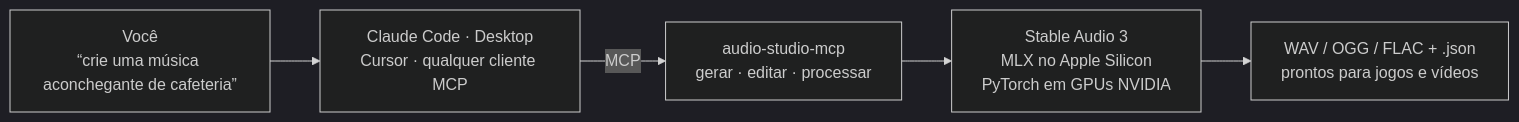
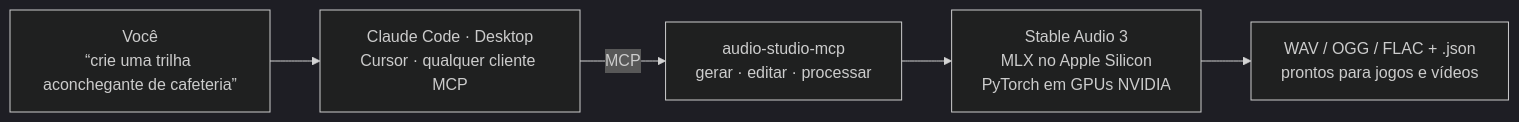
Before and after one commit to kanaworksai-hue/audio-studio-mcp: the diagram in README.pt-BR.md, drawn with Mermaid (dark theme). The commit also changed other lines of this file and 2 other files, not shown here.

````diff
--- a/README.pt-BR.md
+++ b/README.pt-BR.md
@@ -64,7 +64,7 @@
 ```mermaid
 flowchart LR
-    U["Você<br/>“crie uma música aconchegante de cafeteria”"] --> C["Claude Code · Desktop<br/>Cursor · qualquer cliente MCP"]
+    U["Você<br/>“crie uma trilha aconchegante de cafeteria”"] --> C["Claude Code · Desktop<br/>Cursor · qualquer cliente MCP"]
     C -- "MCP" --> S["audio-studio-mcp<br/>gerar · editar · processar"]
     S --> M["Stable Audio 3<br/>MLX no Apple Silicon<br/>PyTorch em GPUs NVIDIA"]
     M --> F["WAV / OGG / FLAC + .json<br/>prontos para jogos e vídeos"]
 ```
````
